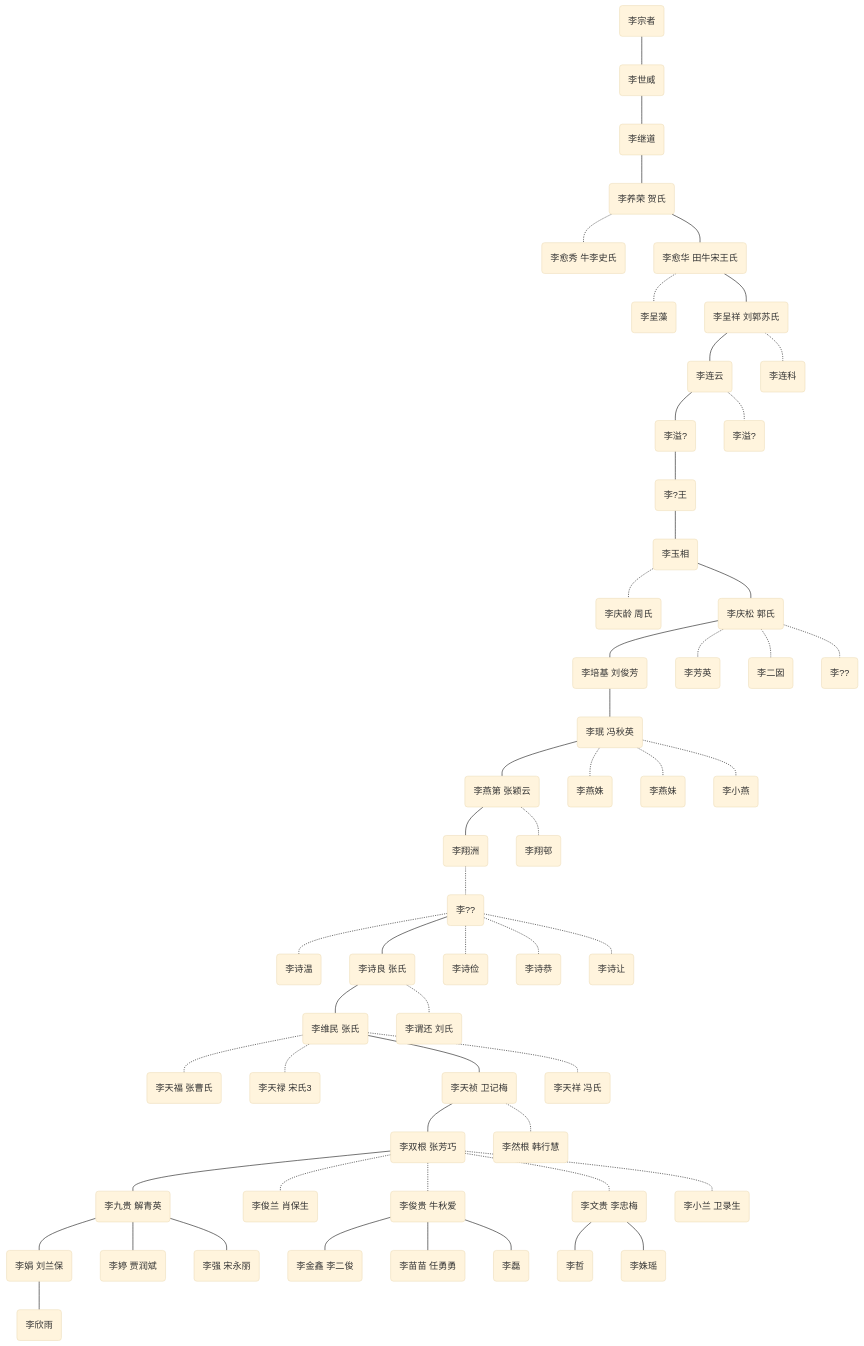
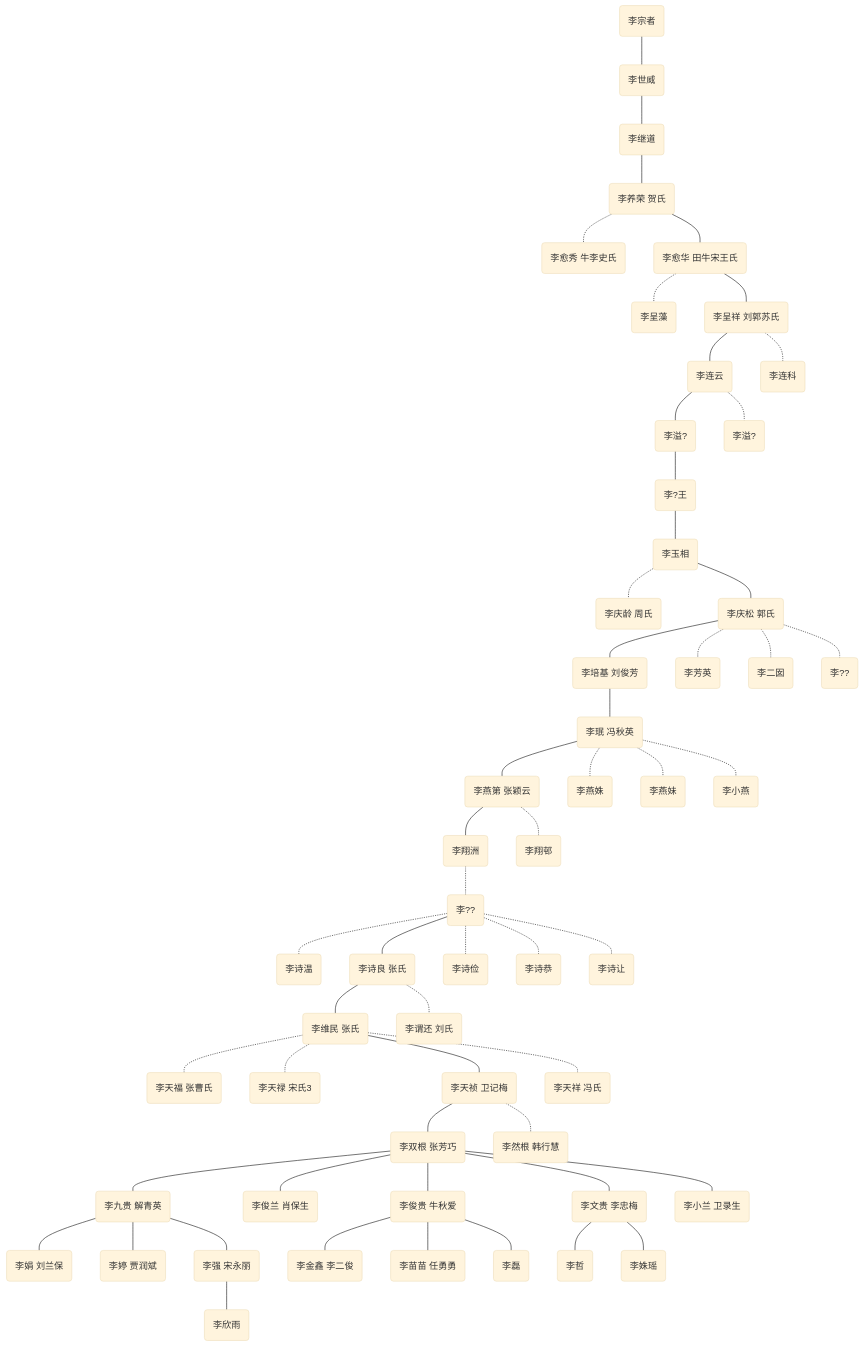
One commit to nomadli/nomadli.github.io changed the diagram in _posts/2025-02-10-genealogy.md. Above: the diagram before and after it, drawn with Mermaid (base theme). The commit also changed 1 other file, not shown here.

Commit message:
update genealogy

````diff
--- a/_posts/2025-02-10-genealogy.md
+++ b/_posts/2025-02-10-genealogy.md
@@ -113,10 +113,10 @@
 zp019003 --- zp020001
 zp019003 -.- zp020002
 zp020001 --- zp021001
-zp020001 -.- zp021002
-zp020001 -.- zp021003
-zp020001 -.- zp021004
-zp020001 -.- zp021005
+zp020001 --- zp021002
+zp020001 --- zp021003
+zp020001 --- zp021004
+zp020001 --- zp021005
 zp021001 --- zp022001
 zp021001 --- zp022002
 zp021001 --- zp022003
@@ -125,5 +125,5 @@
 zp021003 --- zp022006
 zp021004 --- zp022007
 zp021004 --- zp022008
-zp022001 --- zp023001
+zp022003 --- zp023001
 ```
````
